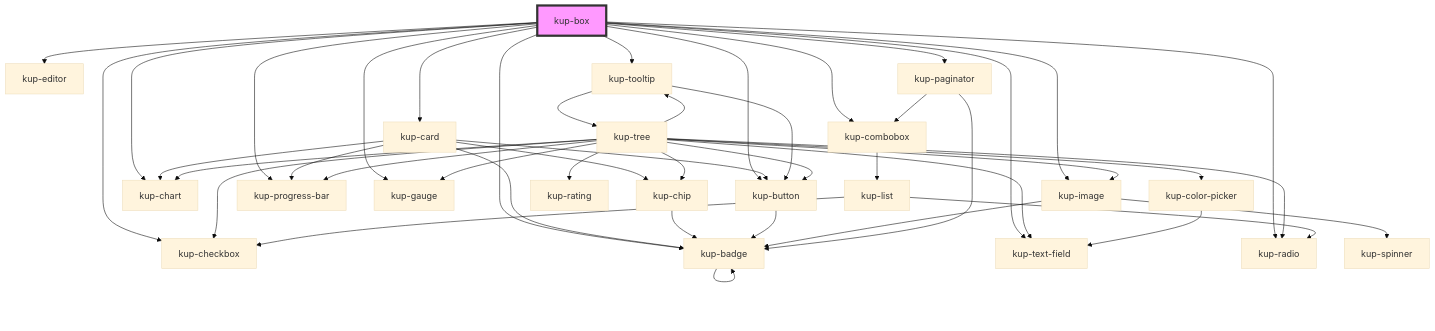
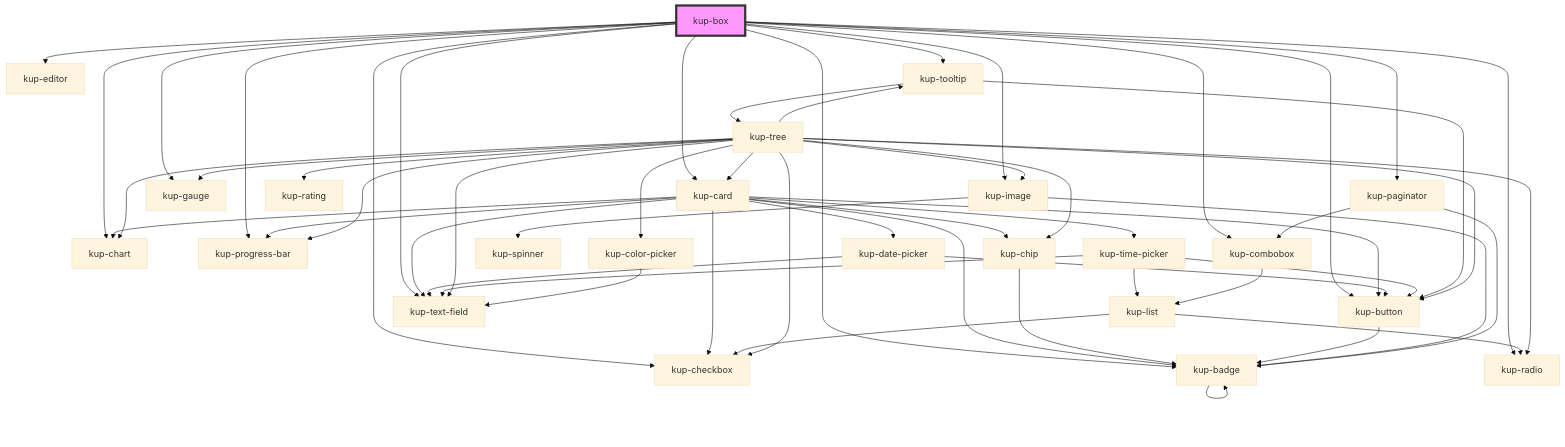
One commit to smeup/ketchup changed the diagram in packages/ketchup/src/components/kup-box/readme.md. Above: the diagram before and after it, drawn with Mermaid (base theme). The commit also changed 11 other files, not shown here.

````diff
--- a/packages/ketchup/src/components/kup-box/readme.md
+++ b/packages/ketchup/src/components/kup-box/readme.md
@@ -99,48 +99,58 @@
 ```mermaid
 graph TD;
   kup-box --> kup-card
   kup-box --> kup-checkbox
   kup-box --> kup-badge
   kup-box --> kup-button
   kup-box --> kup-chart
   kup-box --> kup-editor
   kup-box --> kup-image
   kup-box --> kup-text-field
   kup-box --> kup-progress-bar
   kup-box --> kup-radio
   kup-box --> kup-gauge
   kup-box --> kup-tooltip
   kup-box --> kup-combobox
   kup-box --> kup-paginator
   kup-card --> kup-chip
   kup-card --> kup-button
   kup-card --> kup-badge
   kup-card --> kup-progress-bar
   kup-card --> kup-chart
+  kup-card --> kup-checkbox
+  kup-card --> kup-date-picker
+  kup-card --> kup-text-field
+  kup-card --> kup-time-picker
   kup-chip --> kup-badge
   kup-badge --> kup-badge
   kup-button --> kup-badge
+  kup-date-picker --> kup-text-field
+  kup-date-picker --> kup-button
+  kup-time-picker --> kup-text-field
+  kup-time-picker --> kup-button
+  kup-time-picker --> kup-list
+  kup-list --> kup-radio
+  kup-list --> kup-checkbox
   kup-image --> kup-spinner
   kup-image --> kup-badge
   kup-tooltip --> kup-button
   kup-tooltip --> kup-tree
   kup-tree --> kup-image
   kup-tree --> kup-button
   kup-tree --> kup-chart
   kup-tree --> kup-checkbox
   kup-tree --> kup-chip
   kup-tree --> kup-color-picker
   kup-tree --> kup-gauge
   kup-tree --> kup-progress-bar
   kup-tree --> kup-rating
   kup-tree --> kup-radio
   kup-tree --> kup-tooltip
   kup-tree --> kup-text-field
+  kup-tree --> kup-card
   kup-color-picker --> kup-text-field
   kup-combobox --> kup-list
-  kup-list --> kup-radio
-  kup-list --> kup-checkbox
   kup-paginator --> kup-combobox
   kup-paginator --> kup-badge
   style kup-box fill:#f9f,stroke:#333,stroke-width:4px
 ```
````
